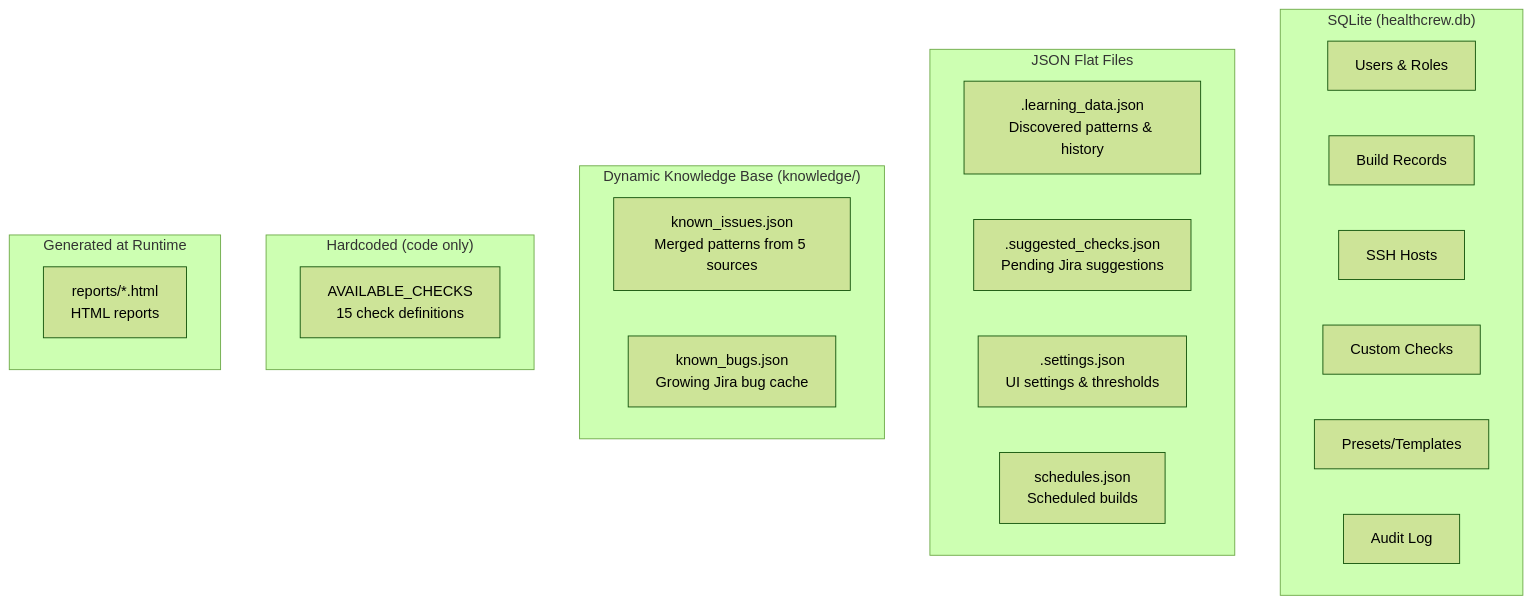
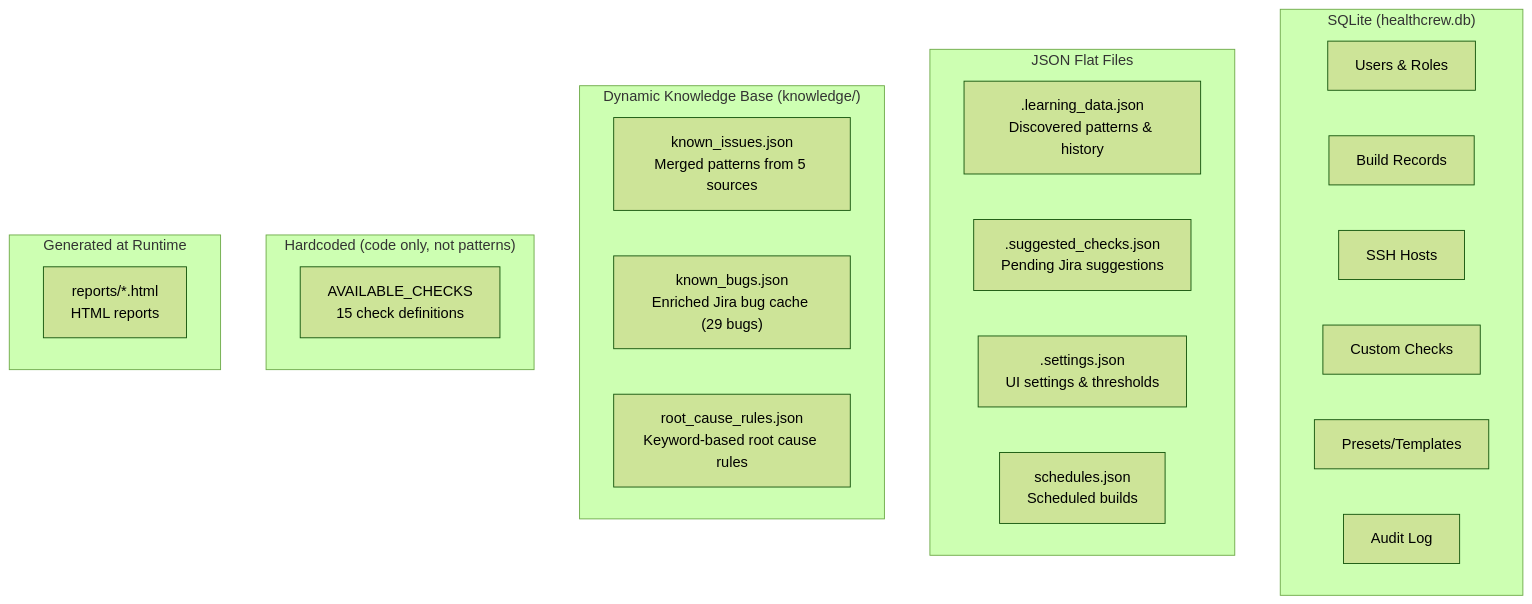
One commit to m0rdechai/ocp-health-crew changed the eighth of 9 diagrams in docs/ARCHITECTURE.md. Above: the diagram before and after it, drawn with Mermaid (forest theme). The commit also changed other lines of this file and 11 other files, not shown here.

````diff
--- a/docs/ARCHITECTURE.md
+++ b/docs/ARCHITECTURE.md
@@ -322,27 +405,28 @@
 ```mermaid
 graph TB
     subgraph sqlite ["SQLite (healthcrew.db)"]
         Users[Users & Roles]
         Builds[Build Records]
         Hosts[SSH Hosts]
         Checks[Custom Checks]
         Templates[Presets/Templates]
         Audit[Audit Log]
     end
     subgraph json ["JSON Flat Files"]
         Learning[".learning_data.json<br>Discovered patterns & history"]
         Suggested[".suggested_checks.json<br>Pending Jira suggestions"]
         Settings[".settings.json<br>UI settings & thresholds"]
         Schedules["schedules.json<br>Scheduled builds"]
     end
     subgraph knowledge ["Dynamic Knowledge Base (knowledge/)"]
         KnownIssues["known_issues.json<br>Merged patterns from 5 sources"]
-        KnownBugs["known_bugs.json<br>Growing Jira bug cache"]
+        KnownBugs["known_bugs.json<br>Enriched Jira bug cache (29 bugs)"]
+        RCARules["root_cause_rules.json<br>Keyword-based root cause rules"]
     end
-    subgraph hardcoded ["Hardcoded (code only)"]
+    subgraph hardcoded ["Hardcoded (code only, not patterns)"]
         AvailChecks["AVAILABLE_CHECKS<br>15 check definitions"]
     end
     subgraph runtime ["Generated at Runtime"]
         Reports["reports/*.html<br>HTML reports"]
     end
 ```
````
